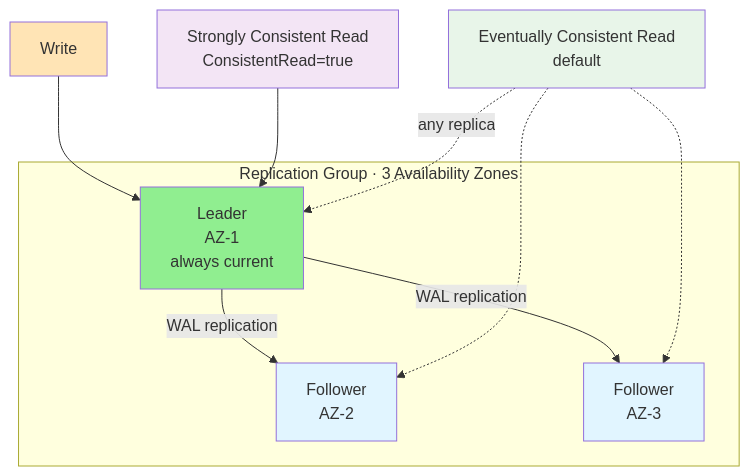
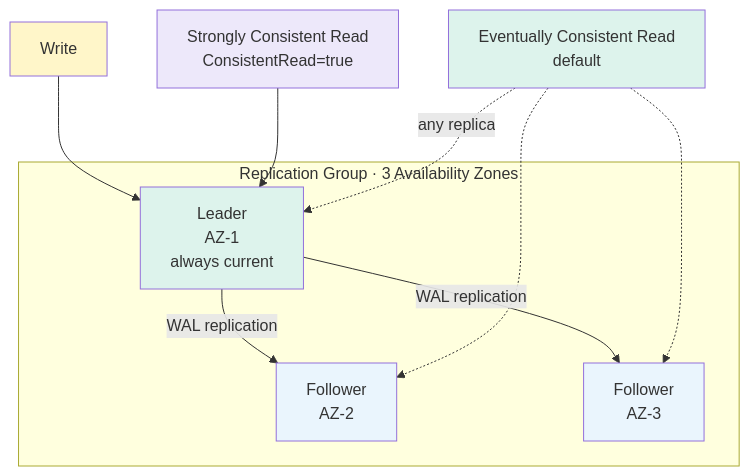
One commit to cartmancodes/InterviewVault changed the second of 2 diagrams in LLD/SystemDesign/DeepDives/Dynamodb.md. Above: the diagram before and after it, drawn with Mermaid. The commit also changed other lines of this file and 679 other files, not shown here.

Commit message:
Unify content diagrams and add accessible visual walkthroughs

````diff
--- a/LLD/SystemDesign/DeepDives/Dynamodb.md
+++ b/LLD/SystemDesign/DeepDives/Dynamodb.md
@@ -296,25 +296,25 @@
 ```mermaid
 graph TB
     W[Write]
     SR["Strongly Consistent Read<br/>ConsistentRead=true"]
     ER["Eventually Consistent Read<br/>default"]
     subgraph "Replication Group · 3 Availability Zones"
         L["Leader<br/>AZ-1<br/>always current"]
         F1["Follower<br/>AZ-2"]
         F2["Follower<br/>AZ-3"]
         L -->|"WAL replication"| F1
         L -->|"WAL replication"| F2
     end
     W --> L
     SR --> L
     ER -.->|"any replica"| L
     ER -.-> F1
     ER -.-> F2
 
-    style W fill:#FFE4B5
-    style L fill:#90EE90
-    style F1 fill:#e1f5ff
-    style F2 fill:#e1f5ff
-    style SR fill:#f3e5f5
-    style ER fill:#e8f5e9
+    style W fill:#FFF6C9
+    style L fill:#DDF3EC
+    style F1 fill:#EAF5FD
+    style F2 fill:#EAF5FD
+    style SR fill:#EDE8FA
+    style ER fill:#DDF3EC
 ```
````
